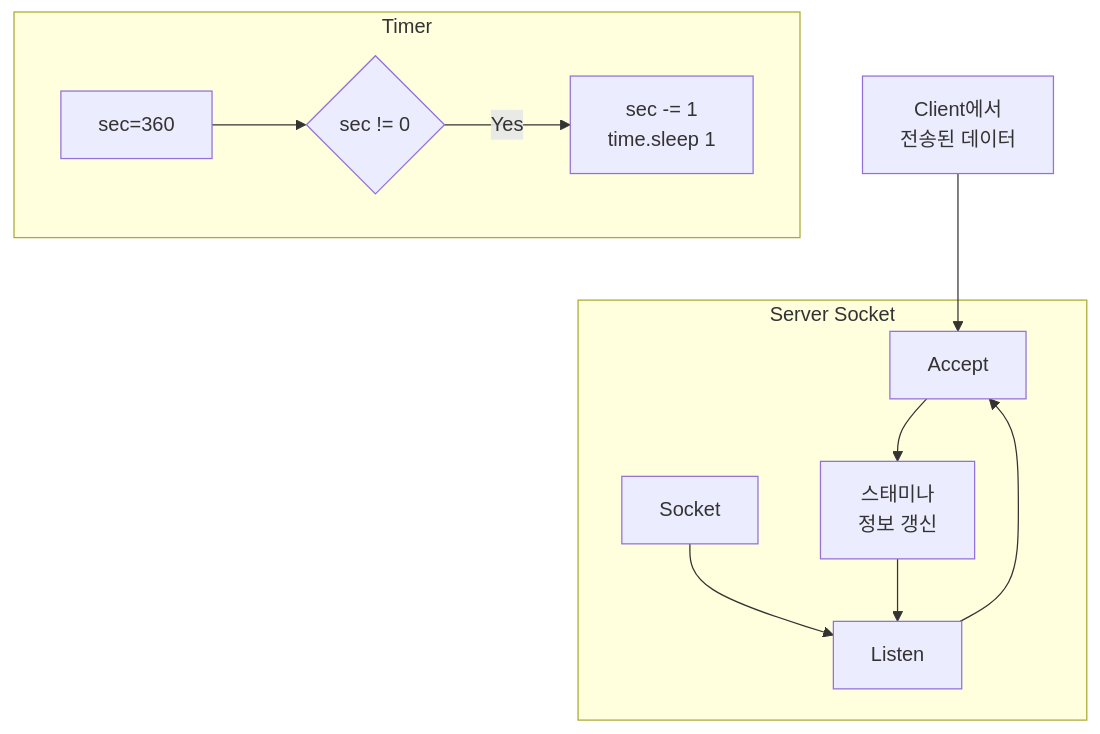
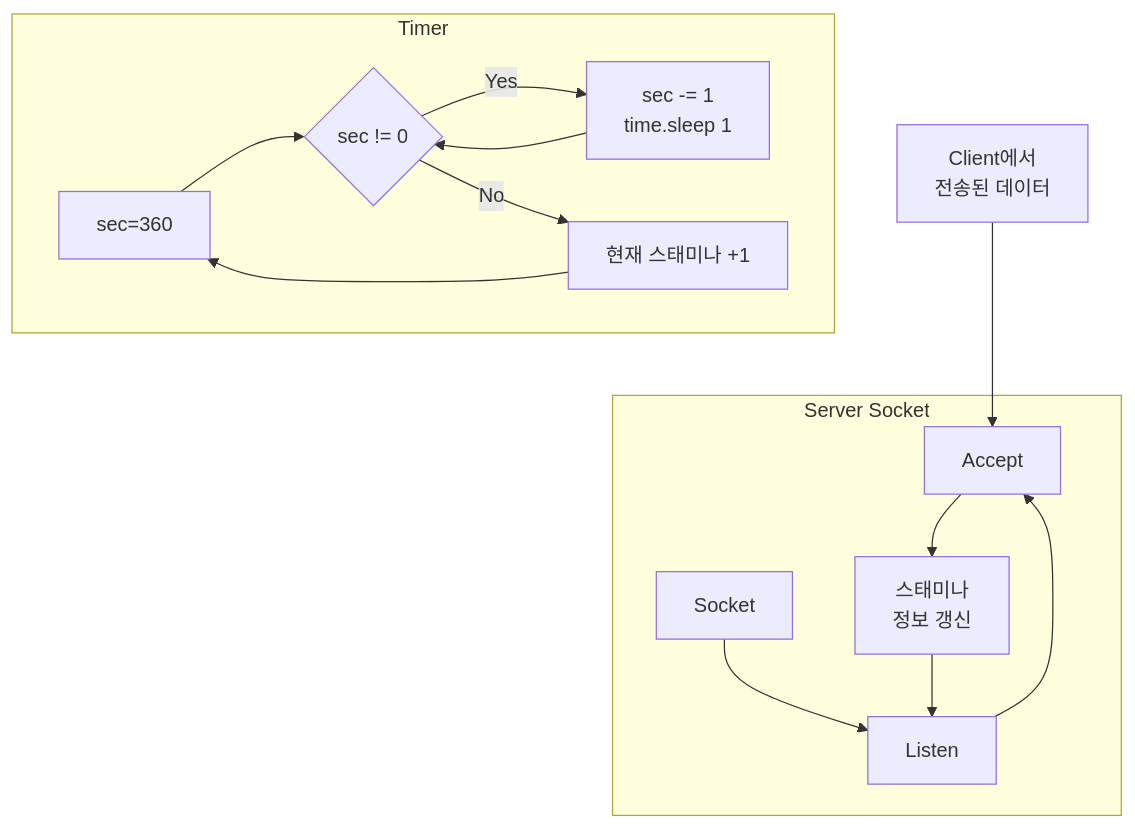
The third of 3 diagrams in README.md (201710808/Game-Stamina-Alarm), drawn with Mermaid before and after one commit.

````diff
--- a/README.md
+++ b/README.md
@@ -55,16 +55,19 @@
 ```mermaid
 graph TB;
     data[Client에서\n전송된 데이터]-->Accept;
     
     subgraph Server Socket;
     Socket-->Listen;
     Listen-->Accept;
     Accept-->stamina_sync[스태미나\n정보 갱신];
     stamina_sync-->Listen;
     end;
 
     subgraph Timer;
     sec[sec=360]-->condition{sec != 0};
     condition-->|"Yes"|process_time[sec -= 1\ntime.sleep 1];
+    process_time-->condition;
+    condition-->|"No"|sync_stamina[현재 스태미나 +1];
+    sync_stamina-->sec;
     end;    
 ```
````
